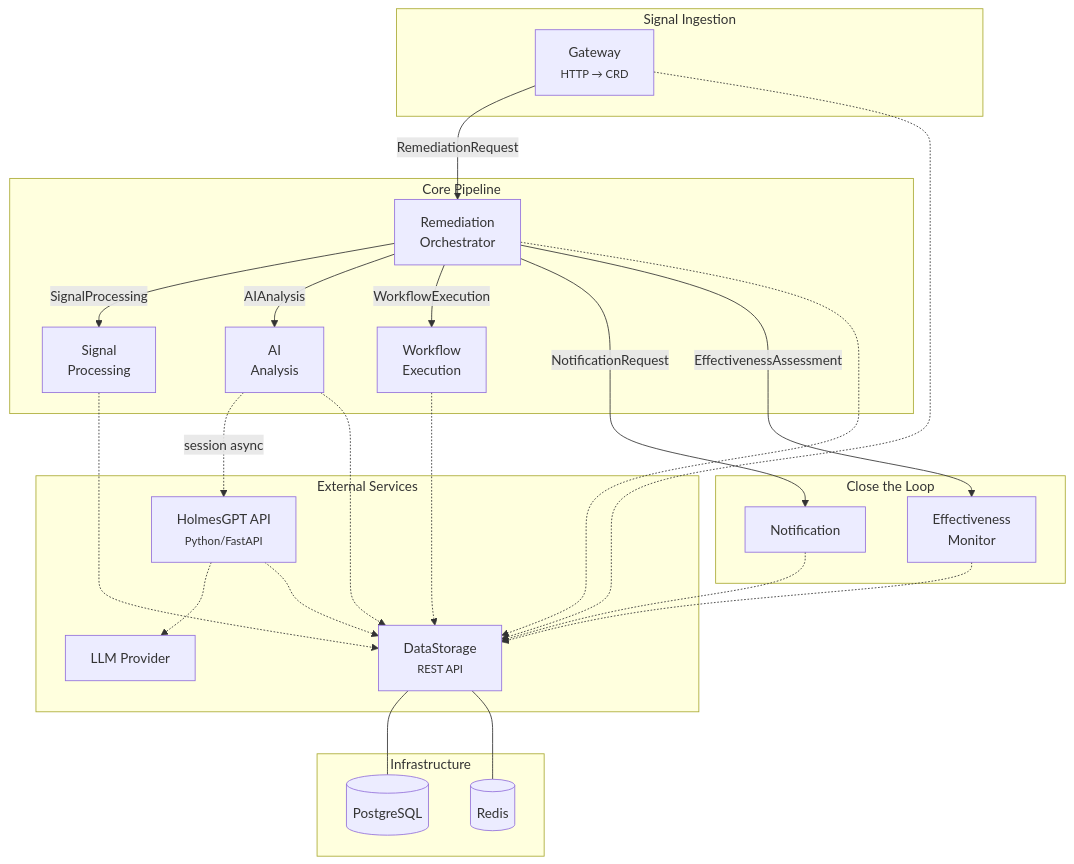
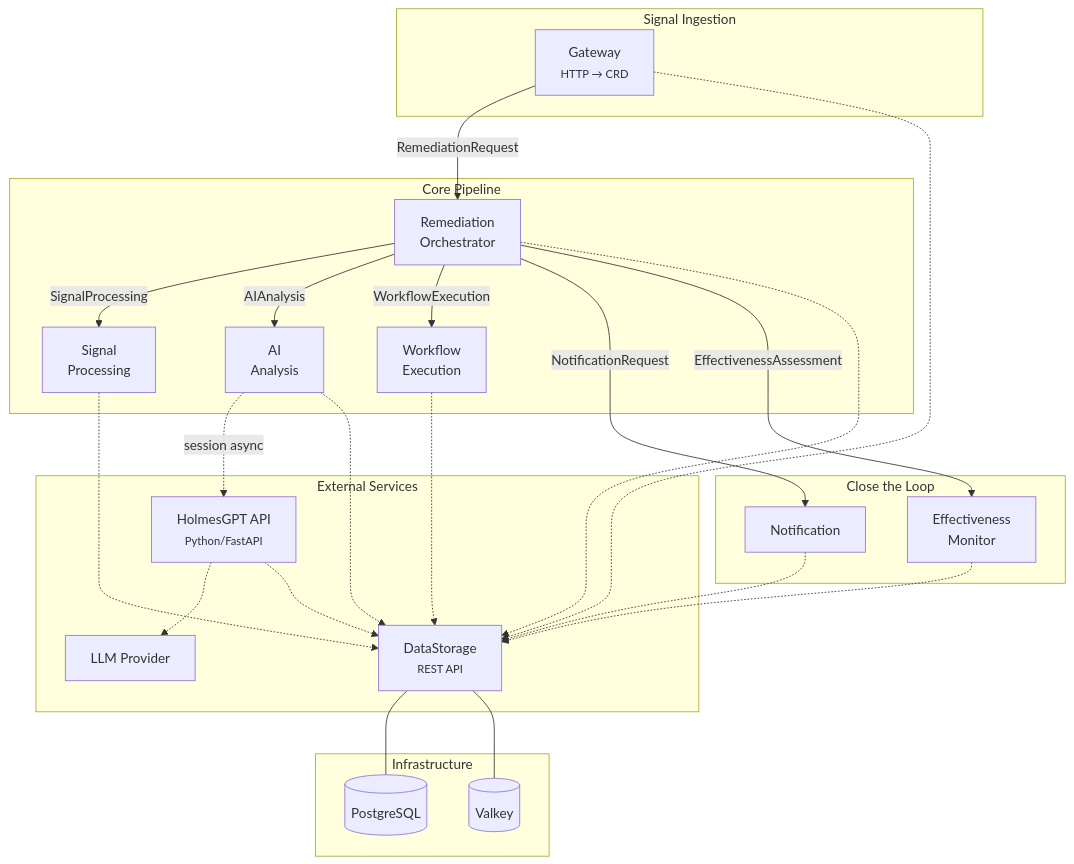
Before and after one commit to jordigilh/kubernaut-docs: the diagram in docs/architecture/overview.md, drawn with Mermaid. The commit also changed 10 other files, not shown here.

First line of the commit message:
docs: update Redis to Valkey, event exporter optional, OCP references

````diff
--- a/docs/architecture/overview.md
+++ b/docs/architecture/overview.md
@@ -55,51 +55,51 @@
 ```mermaid
 graph TB
     subgraph Ingress["Signal Ingestion"]
         GW[Gateway<br/><small>HTTP → CRD</small>]
     end
 
     subgraph Core["Core Pipeline"]
         RO[Remediation<br/>Orchestrator]
         SP[Signal<br/>Processing]
         AA[AI<br/>Analysis]
         WE[Workflow<br/>Execution]
     end
 
     subgraph Closing["Close the Loop"]
         NF[Notification]
         EM[Effectiveness<br/>Monitor]
     end
 
     subgraph External["External Services"]
         HAPI[HolmesGPT API<br/><small>Python/FastAPI</small>]
         DS[DataStorage<br/><small>REST API</small>]
         LLM[LLM Provider]
     end
 
     subgraph Infra["Infrastructure"]
         PG[(PostgreSQL)]
-        RD[(Redis)]
+        RD[(Valkey)]
     end
 
     GW -->|RemediationRequest| RO
     RO -->|SignalProcessing| SP
     RO -->|AIAnalysis| AA
     RO -->|WorkflowExecution| WE
     RO -->|NotificationRequest| NF
     RO -->|EffectivenessAssessment| EM
 
     AA -.->|session async| HAPI
     HAPI -.-> LLM
     HAPI -.-> DS
 
     SP -.-> DS
     AA -.-> DS
     WE -.-> DS
     NF -.-> DS
     EM -.-> DS
     RO -.-> DS
     GW -.-> DS
 
     DS --- PG
     DS --- RD
 ```
````
